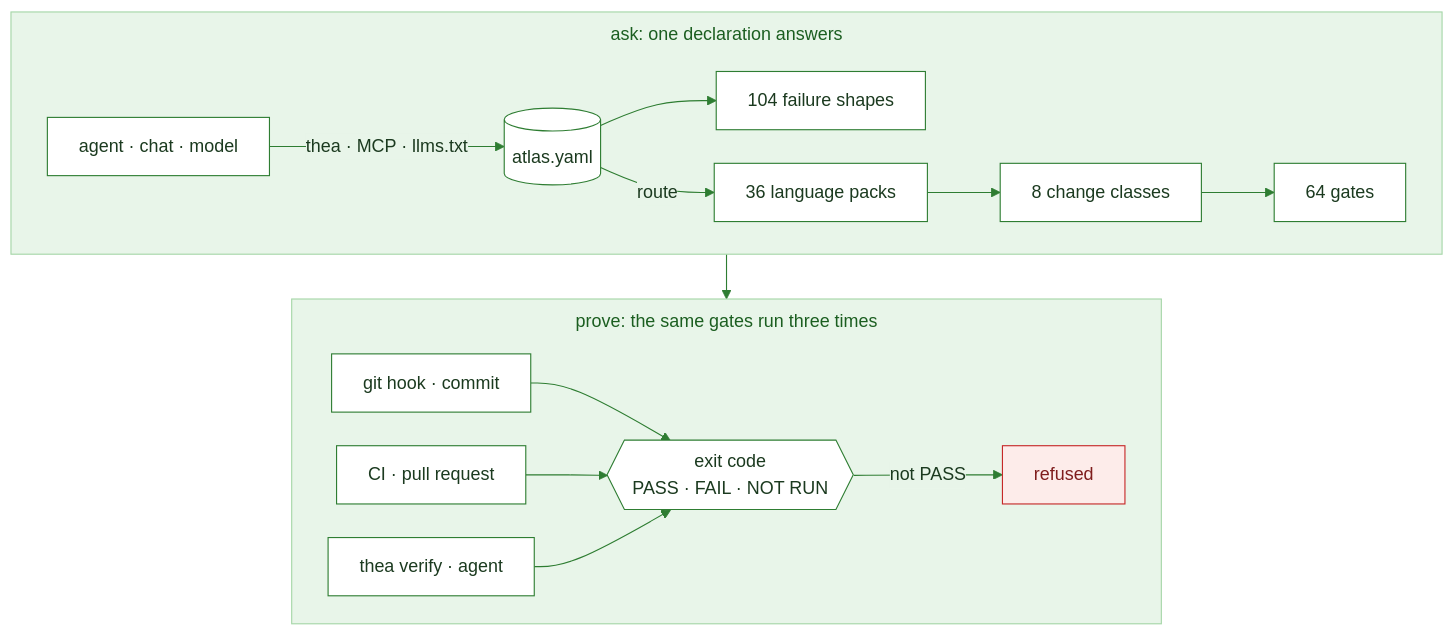
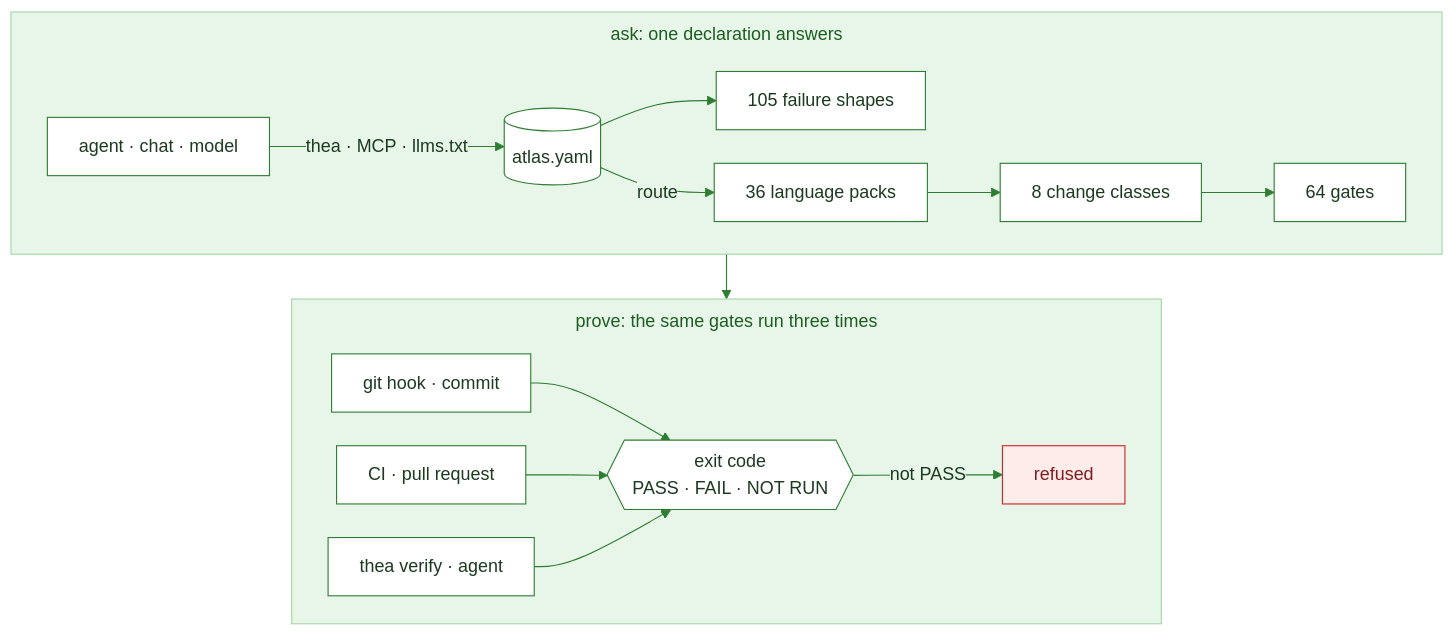
The diagram in README.md (HLIntel/Headron), drawn with Mermaid before and after one commit. The commit also changed other lines of this file and 9 other files, not shown here.

````diff
--- a/README.md
+++ b/README.md
@@ -36,36 +36,36 @@
 ```mermaid
 ---
 config:
   theme: base
   themeVariables:
     primaryColor: "#ffffff"
     primaryBorderColor: "#2e7d32"
     primaryTextColor: "#1b3a1f"
     lineColor: "#2e7d32"
     clusterBkg: "#e8f5e9"
     clusterBorder: "#a5d6a7"
     titleColor: "#1b5e20"
     edgeLabelBackground: "#e8f5e9"
   flowchart:
     subGraphTitleMargin: {top: 8, bottom: 16}
     nodeSpacing: 30
     rankSpacing: 40
     padding: 14
 ---
 flowchart TB
   accTitle: How Thea proves a change
-  accDescr: an agent, chat or model asks through the thea CLI, MCP or llms.txt, atlas.yaml routes the file to 1 of 36 language packs and hands back 104 known failure shapes, 8 change classes select from 64 gates, the same check-only gates run at commit in a git hook, on the pull request in CI and in the agent's thea verify report, the exit code is the verdict PASS, FAIL or NOT RUN, and anything but PASS refuses the change
+  accDescr: an agent, chat or model asks through the thea CLI, MCP or llms.txt, atlas.yaml routes the file to 1 of 36 language packs and hands back 105 known failure shapes, 8 change classes select from 64 gates, the same check-only gates run at commit in a git hook, on the pull request in CI and in the agent's thea verify report, the exit code is the verdict PASS, FAIL or NOT RUN, and anything but PASS refuses the change
   subgraph ask [ask: one declaration answers]
     direction LR
     A[agent · chat · model] -->|thea · MCP · llms.txt| D[(atlas.yaml)]
-    D --> L[104 failure shapes]
+    D --> L[105 failure shapes]
     D -->|route| P[36 language packs] --> K[8 change classes] --> G[64 gates]
   end
   subgraph run [prove: the same gates run three times]
     direction LR
     H[git hook · commit] & C[CI · pull request] & R[thea verify · agent] --> V{{exit code<br>PASS · FAIL · NOT RUN}} -->|not PASS| X[refused]
   end
   ask --> run
   classDef stop fill:#fdecea,stroke:#c62828,color:#7f1d1d
   class X stop
 ```
````
